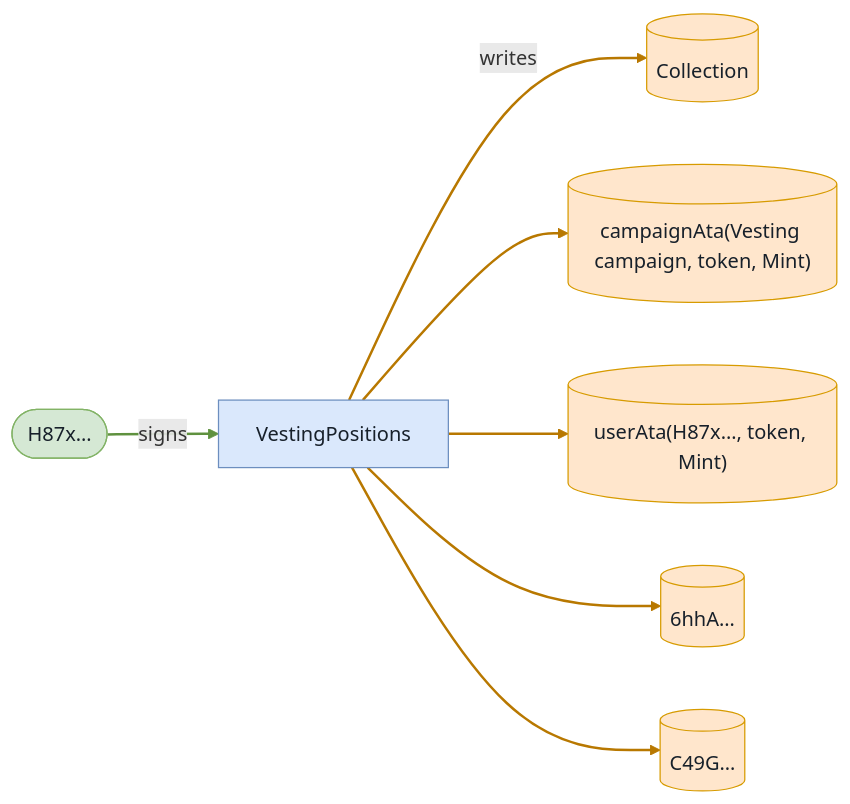
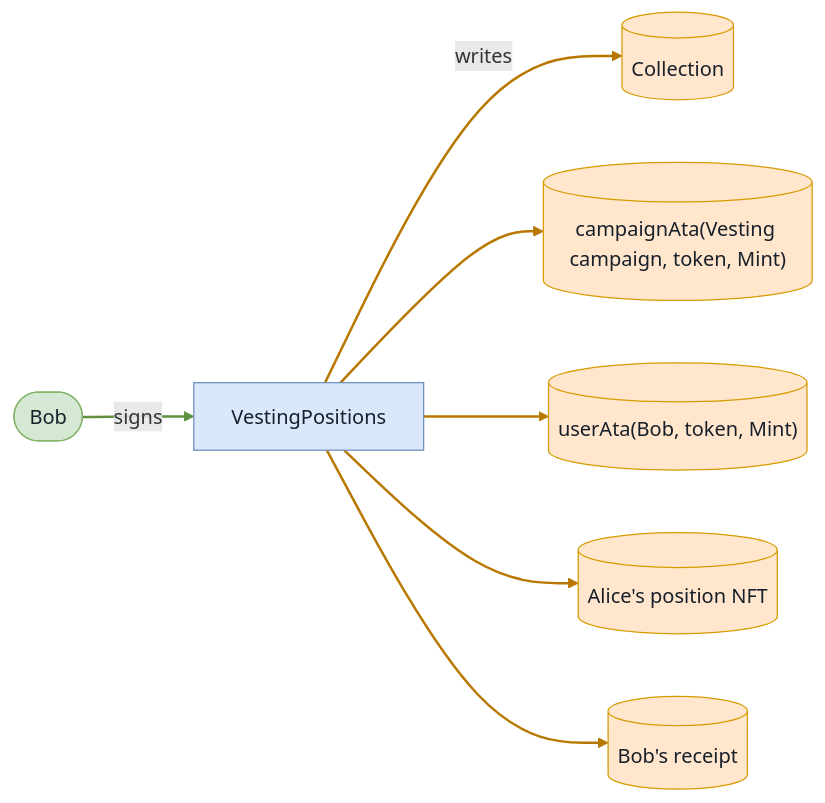
Diagram 14 of 18 in babelfish-tests/test-report/scenario_2_two_users_transfer_and_bob_claims_both.md (cds-turbin3/vesting-position), drawn with Mermaid before and after one commit. The commit also changed other lines of this file and 104 other files, not shown here.

````diff
--- a/babelfish-tests/test-report/scenario_2_two_users_transfer_and_bob_claims_both.md
+++ b/babelfish-tests/test-report/scenario_2_two_users_transfer_and_bob_claims_both.md
@@ -622,21 +621,21 @@
 ```mermaid
 flowchart LR
     VestingPositions["VestingPositions"]:::program
-    H87x(["H87x…"]):::signer
+    Bob(["Bob"]):::signer
     Collection[("Collection")]:::state
     campaignAtaVestingcampaigntokenMint[("campaignAta(Vesting campaign, token, Mint)")]:::state
-    userAtaH87xtokenMint[("userAta(H87x…, token, Mint)")]:::state
-    n6hhA[("6hhA…")]:::state
-    C49G[("C49G…")]:::state
-    H87x -->|signs| VestingPositions
+    userAtaBobtokenMint[("userAta(Bob, token, Mint)")]:::state
+    AlicespositionNFT[("Alice's position NFT")]:::state
+    Bobsreceipt[("Bob's receipt")]:::state
+    Bob -->|signs| VestingPositions
     VestingPositions -->|writes| Collection
     VestingPositions --> campaignAtaVestingcampaigntokenMint
-    VestingPositions --> userAtaH87xtokenMint
-    VestingPositions --> n6hhA
-    VestingPositions --> C49G
+    VestingPositions --> userAtaBobtokenMint
+    VestingPositions --> AlicespositionNFT
+    VestingPositions --> Bobsreceipt
     classDef program fill:#dae8fc,stroke:#6c8ebf,color:#17202a;
     classDef signer fill:#d5e8d4,stroke:#82b366,color:#17202a;
     classDef state fill:#ffe6cc,stroke:#d79b00,color:#17202a;
     linkStyle 0 stroke:#5f913f,stroke-width:2px
     linkStyle 1,2,3,4,5 stroke:#b87800,stroke-width:2px
 ```
````
